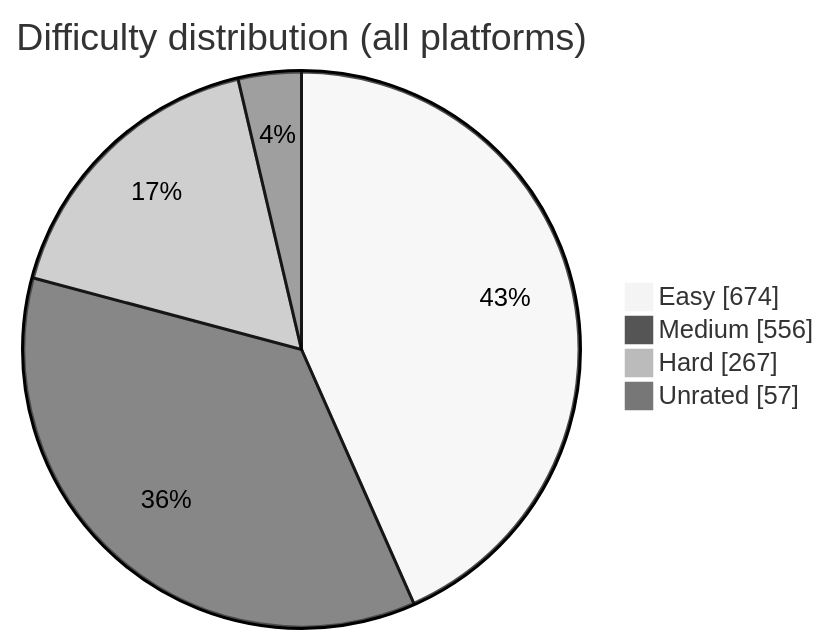
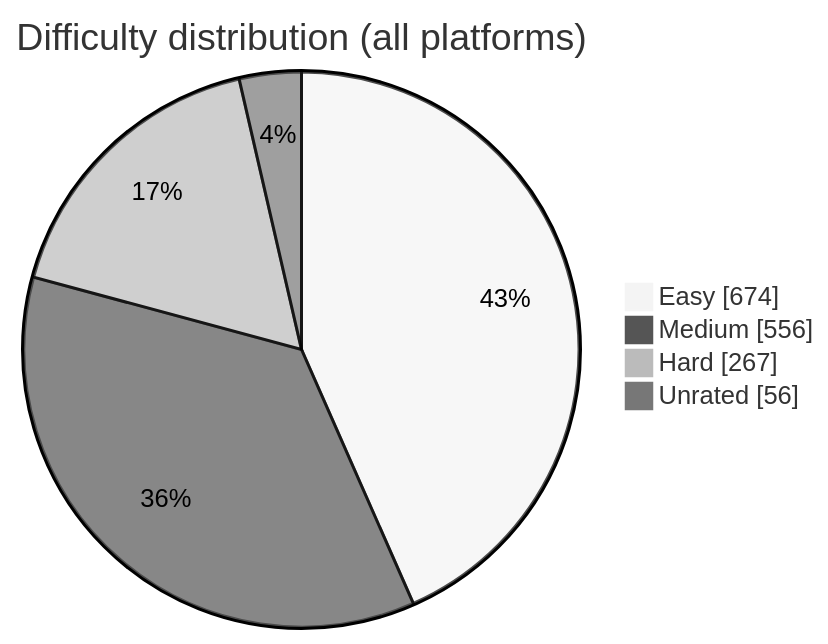
One commit to BuildbyArindam/Daily-Coding-Log changed the diagram in README.md. Above: the diagram before and after it, drawn with Mermaid (neutral theme). The commit also changed other lines of this file, not shown here.

````diff
--- a/README.md
+++ b/README.md
@@ -93,7 +93,7 @@
 ```mermaid
 pie showData title Difficulty distribution (all platforms)
     "Easy" : 674
     "Medium" : 556
     "Hard" : 267
-    "Unrated" : 57
+    "Unrated" : 56
 ```
````
